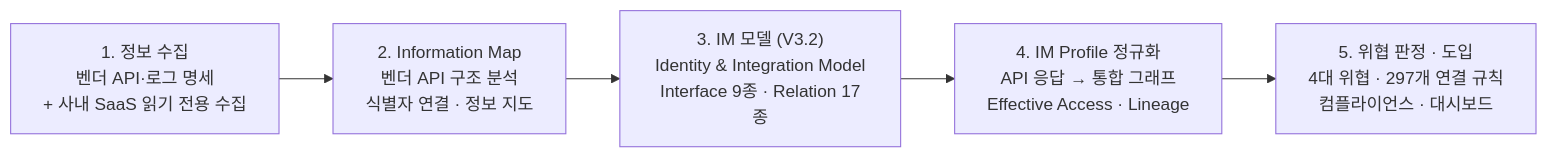
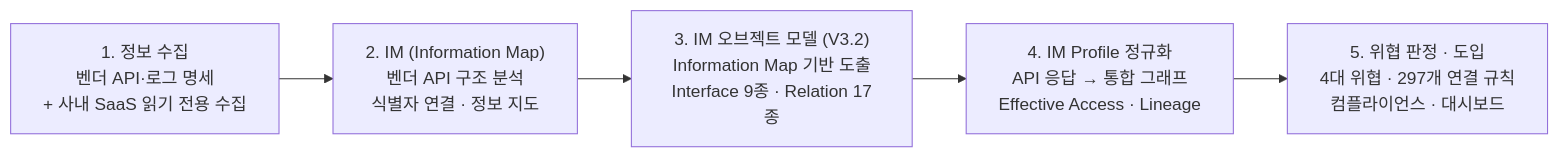
One commit to AEGI-Inc/aegi-framework changed the diagram in README.md. Above: the diagram before and after it, drawn with Mermaid. The commit also changed other lines of this file and 3 other files, not shown here.

Commit message:
docs: fix IM definition to Information Map across framework docs

````diff
--- a/README.md
+++ b/README.md
@@ -11,9 +11,9 @@
 ```mermaid
 flowchart LR
   S1["1. 정보 수집<br/>벤더 API·로그 명세<br/>+ 사내 SaaS 읽기 전용 수집"]
-  S2["2. Information Map<br/>벤더 API 구조 분석<br/>식별자 연결 · 정보 지도"]
-  S3["3. IM 모델 (V3.2)<br/>Identity & Integration Model<br/>Interface 9종 · Relation 17종"]
+  S2["2. IM (Information Map)<br/>벤더 API 구조 분석<br/>식별자 연결 · 정보 지도"]
+  S3["3. IM 오브젝트 모델 (V3.2)<br/>Information Map 기반 도출<br/>Interface 9종 · Relation 17종"]
   S4["4. IM Profile 정규화<br/>API 응답 → 통합 그래프<br/>Effective Access · Lineage"]
   S5["5. 위협 판정 · 도입<br/>4대 위협 · 297개 연결 규칙<br/>컴플라이언스 · 대시보드"]
   S1 --> S2 --> S3 --> S4 --> S5
 ```
````
